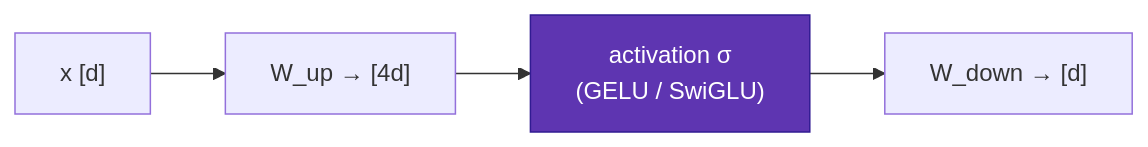
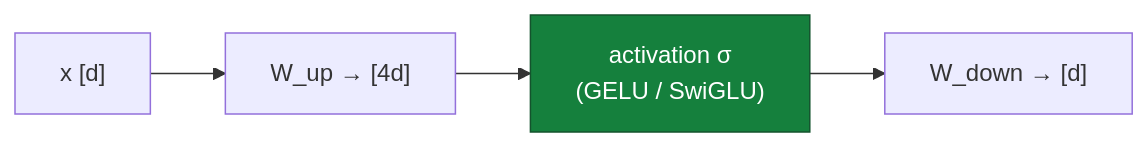
Before and after one commit to youyun8/deep-kernel-handbook: the seventh of 10 diagrams in docs/foundations/transformer-from-scratch.md, drawn with Mermaid. The commit also changed other lines of this file and 1 other file, not shown here.

Commit message:
docs: give each transformer-from-scratch diagram its own color scheme

````diff
--- a/docs/foundations/transformer-from-scratch.md
+++ b/docs/foundations/transformer-from-scratch.md
@@ -191,8 +191,8 @@
 ```mermaid
 flowchart LR
     X["x [d]"] --> U["W_up → [4d]"]
     U --> A["activation σ<br/>(GELU / SwiGLU)"]
     A --> D["W_down → [d]"]
-    class A flagship;
-    classDef flagship fill:#5e35b1,stroke:#311b92,color:#fff;
+    class A accGreen;
+    classDef accGreen fill:#15803d,stroke:#14532d,color:#fff;
 ```
````
